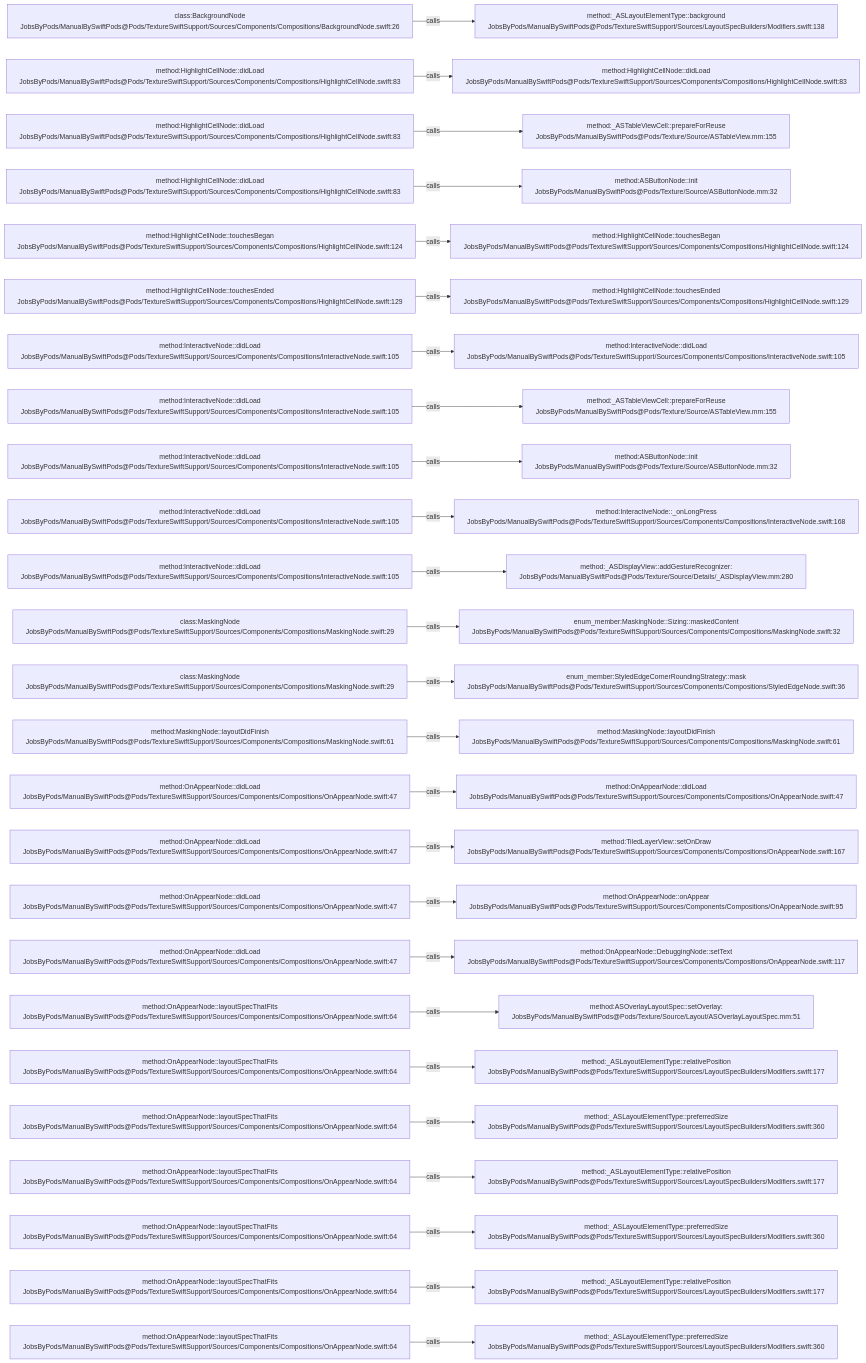
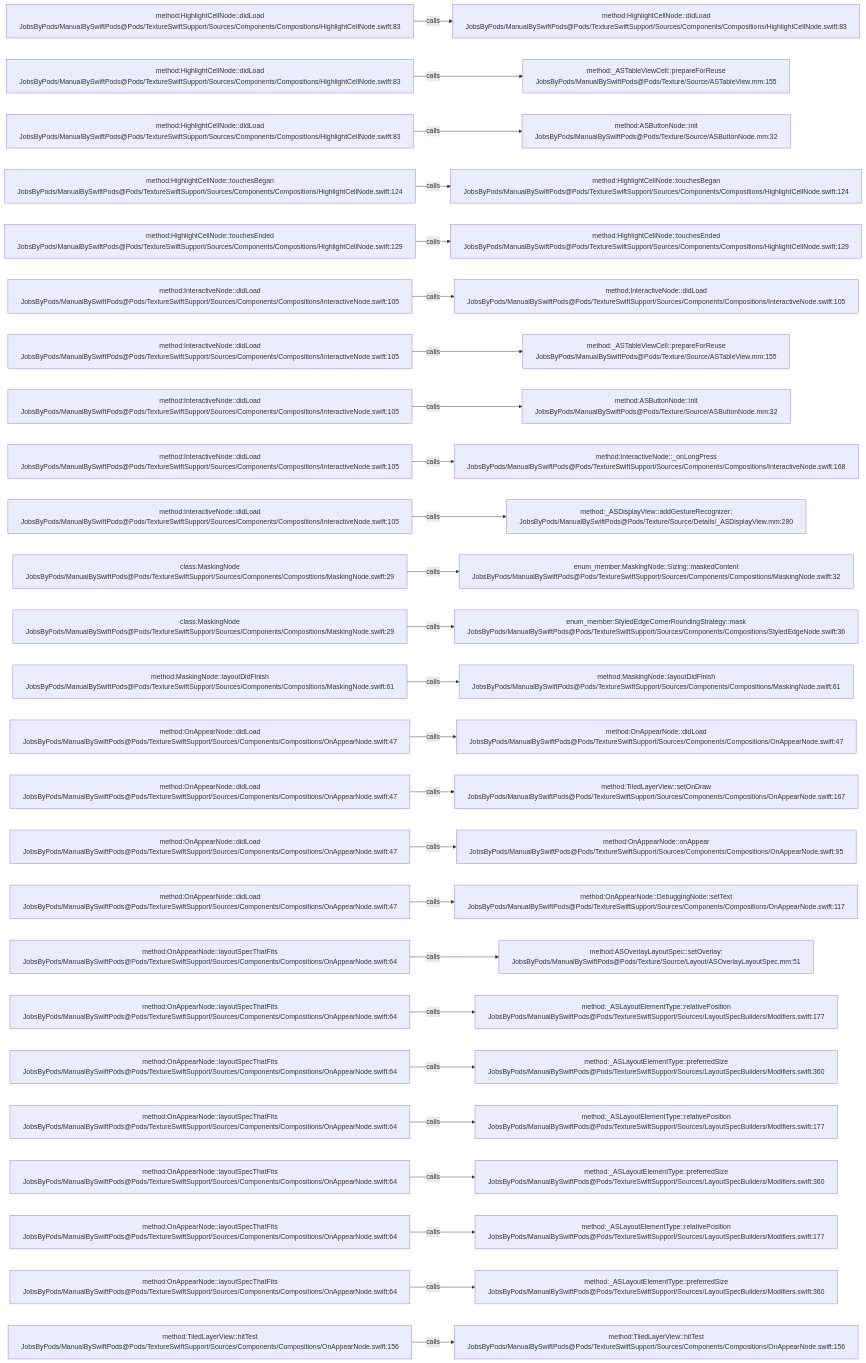
One commit to JobsKits/JobsSwiftBaseConfigDemo changed the diagram in .codegraph/codegraph.md/graphs/calls-153.md. Above: the diagram before and after it, drawn with Mermaid. The commit also changed 747 other files, not shown here.

````diff
--- a/.codegraph/codegraph.md/graphs/calls-153.md
+++ b/.codegraph/codegraph.md/graphs/calls-153.md
@@ -13,78 +13,78 @@
 ```mermaid
 flowchart LR
-  S1["class:BackgroundNode<br/>JobsByPods/ManualBySwiftPods@Pods/TextureSwiftSupport/Sources/Components/Compositions/BackgroundNode.swift:26"]
-  T1["method:_ASLayoutElementType::background<br/>JobsByPods/ManualBySwiftPods@Pods/TextureSwiftSupport/Sources/LayoutSpecBuilders/Modifiers.swift:138"]
+  S1["method:HighlightCellNode::didLoad<br/>JobsByPods/ManualBySwiftPods@Pods/TextureSwiftSupport/Sources/Components/Compositions/HighlightCellNode.swift:83"]
+  T1["method:HighlightCellNode::didLoad<br/>JobsByPods/ManualBySwiftPods@Pods/TextureSwiftSupport/Sources/Components/Compositions/HighlightCellNode.swift:83"]
   S1 -->|calls| T1
   S2["method:HighlightCellNode::didLoad<br/>JobsByPods/ManualBySwiftPods@Pods/TextureSwiftSupport/Sources/Components/Compositions/HighlightCellNode.swift:83"]
-  T2["method:HighlightCellNode::didLoad<br/>JobsByPods/ManualBySwiftPods@Pods/TextureSwiftSupport/Sources/Components/Compositions/HighlightCellNode.swift:83"]
+  T2["method:_ASTableViewCell::prepareForReuse<br/>JobsByPods/ManualBySwiftPods@Pods/Texture/Source/ASTableView.mm:155"]
   S2 -->|calls| T2
   S3["method:HighlightCellNode::didLoad<br/>JobsByPods/ManualBySwiftPods@Pods/TextureSwiftSupport/Sources/Components/Compositions/HighlightCellNode.swift:83"]
-  T3["method:_ASTableViewCell::prepareForReuse<br/>JobsByPods/ManualBySwiftPods@Pods/Texture/Source/ASTableView.mm:155"]
+  T3["method:ASButtonNode::init<br/>JobsByPods/ManualBySwiftPods@Pods/Texture/Source/ASButtonNode.mm:32"]
   S3 -->|calls| T3
-  S4["method:HighlightCellNode::didLoad<br/>JobsByPods/ManualBySwiftPods@Pods/TextureSwiftSupport/Sources/Components/Compositions/HighlightCellNode.swift:83"]
-  T4["method:ASButtonNode::init<br/>JobsByPods/ManualBySwiftPods@Pods/Texture/Source/ASButtonNode.mm:32"]
+  S4["method:HighlightCellNode::touchesBegan<br/>JobsByPods/ManualBySwiftPods@Pods/TextureSwiftSupport/Sources/Components/Compositions/HighlightCellNode.swift:124"]
+  T4["method:HighlightCellNode::touchesBegan<br/>JobsByPods/ManualBySwiftPods@Pods/TextureSwiftSupport/Sources/Components/Compositions/HighlightCellNode.swift:124"]
   S4 -->|calls| T4
-  S5["method:HighlightCellNode::touchesBegan<br/>JobsByPods/ManualBySwiftPods@Pods/TextureSwiftSupport/Sources/Components/Compositions/HighlightCellNode.swift:124"]
-  T5["method:HighlightCellNode::touchesBegan<br/>JobsByPods/ManualBySwiftPods@Pods/TextureSwiftSupport/Sources/Components/Compositions/HighlightCellNode.swift:124"]
+  S5["method:HighlightCellNode::touchesEnded<br/>JobsByPods/ManualBySwiftPods@Pods/TextureSwiftSupport/Sources/Components/Compositions/HighlightCellNode.swift:129"]
+  T5["method:HighlightCellNode::touchesEnded<br/>JobsByPods/ManualBySwiftPods@Pods/TextureSwiftSupport/Sources/Components/Compositions/HighlightCellNode.swift:129"]
   S5 -->|calls| T5
-  S6["method:HighlightCellNode::touchesEnded<br/>JobsByPods/ManualBySwiftPods@Pods/TextureSwiftSupport/Sources/Components/Compositions/HighlightCellNode.swift:129"]
-  T6["method:HighlightCellNode::touchesEnded<br/>JobsByPods/ManualBySwiftPods@Pods/TextureSwiftSupport/Sources/Components/Compositions/HighlightCellNode.swift:129"]
+  S6["method:InteractiveNode::didLoad<br/>JobsByPods/ManualBySwiftPods@Pods/TextureSwiftSupport/Sources/Components/Compositions/InteractiveNode.swift:105"]
+  T6["method:InteractiveNode::didLoad<br/>JobsByPods/ManualBySwiftPods@Pods/TextureSwiftSupport/Sources/Components/Compositions/InteractiveNode.swift:105"]
   S6 -->|calls| T6
   S7["method:InteractiveNode::didLoad<br/>JobsByPods/ManualBySwiftPods@Pods/TextureSwiftSupport/Sources/Components/Compositions/InteractiveNode.swift:105"]
-  T7["method:InteractiveNode::didLoad<br/>JobsByPods/ManualBySwiftPods@Pods/TextureSwiftSupport/Sources/Components/Compositions/InteractiveNode.swift:105"]
+  T7["method:_ASTableViewCell::prepareForReuse<br/>JobsByPods/ManualBySwiftPods@Pods/Texture/Source/ASTableView.mm:155"]
   S7 -->|calls| T7
   S8["method:InteractiveNode::didLoad<br/>JobsByPods/ManualBySwiftPods@Pods/TextureSwiftSupport/Sources/Components/Compositions/InteractiveNode.swift:105"]
-  T8["method:_ASTableViewCell::prepareForReuse<br/>JobsByPods/ManualBySwiftPods@Pods/Texture/Source/ASTableView.mm:155"]
+  T8["method:ASButtonNode::init<br/>JobsByPods/ManualBySwiftPods@Pods/Texture/Source/ASButtonNode.mm:32"]
   S8 -->|calls| T8
   S9["method:InteractiveNode::didLoad<br/>JobsByPods/ManualBySwiftPods@Pods/TextureSwiftSupport/Sources/Components/Compositions/InteractiveNode.swift:105"]
-  T9["method:ASButtonNode::init<br/>JobsByPods/ManualBySwiftPods@Pods/Texture/Source/ASButtonNode.mm:32"]
+  T9["method:InteractiveNode::_onLongPress<br/>JobsByPods/ManualBySwiftPods@Pods/TextureSwiftSupport/Sources/Components/Compositions/InteractiveNode.swift:168"]
   S9 -->|calls| T9
   S10["method:InteractiveNode::didLoad<br/>JobsByPods/ManualBySwiftPods@Pods/TextureSwiftSupport/Sources/Components/Compositions/InteractiveNode.swift:105"]
-  T10["method:InteractiveNode::_onLongPress<br/>JobsByPods/ManualBySwiftPods@Pods/TextureSwiftSupport/Sources/Components/Compositions/InteractiveNode.swift:168"]
+  T10["method:_ASDisplayView::addGestureRecognizer:<br/>JobsByPods/ManualBySwiftPods@Pods/Texture/Source/Details/_ASDisplayView.mm:280"]
   S10 -->|calls| T10
-  S11["method:InteractiveNode::didLoad<br/>JobsByPods/ManualBySwiftPods@Pods/TextureSwiftSupport/Sources/Components/Compositions/InteractiveNode.swift:105"]
-  T11["method:_ASDisplayView::addGestureRecognizer:<br/>JobsByPods/ManualBySwiftPods@Pods/Texture/Source/Details/_ASDisplayView.mm:280"]
+  S11["class:MaskingNode<br/>JobsByPods/ManualBySwiftPods@Pods/TextureSwiftSupport/Sources/Components/Compositions/MaskingNode.swift:29"]
+  T11["enum_member:MaskingNode::Sizing::maskedContent<br/>JobsByPods/ManualBySwiftPods@Pods/TextureSwiftSupport/Sources/Components/Compositions/MaskingNode.swift:32"]
   S11 -->|calls| T11
   S12["class:MaskingNode<br/>JobsByPods/ManualBySwiftPods@Pods/TextureSwiftSupport/Sources/Components/Compositions/MaskingNode.swift:29"]
-  T12["enum_member:MaskingNode::Sizing::maskedContent<br/>JobsByPods/ManualBySwiftPods@Pods/TextureSwiftSupport/Sources/Components/Compositions/MaskingNode.swift:32"]
+  T12["enum_member:StyledEdgeCornerRoundingStrategy::mask<br/>JobsByPods/ManualBySwiftPods@Pods/TextureSwiftSupport/Sources/Components/Compositions/StyledEdgeNode.swift:36"]
   S12 -->|calls| T12
-  S13["class:MaskingNode<br/>JobsByPods/ManualBySwiftPods@Pods/TextureSwiftSupport/Sources/Components/Compositions/MaskingNode.swift:29"]
-  T13["enum_member:StyledEdgeCornerRoundingStrategy::mask<br/>JobsByPods/ManualBySwiftPods@Pods/TextureSwiftSupport/Sources/Components/Compositions/StyledEdgeNode.swift:36"]
+  S13["method:MaskingNode::layoutDidFinish<br/>JobsByPods/ManualBySwiftPods@Pods/TextureSwiftSupport/Sources/Components/Compositions/MaskingNode.swift:61"]
+  T13["method:MaskingNode::layoutDidFinish<br/>JobsByPods/ManualBySwiftPods@Pods/TextureSwiftSupport/Sources/Components/Compositions/MaskingNode.swift:61"]
   S13 -->|calls| T13
-  S14["method:MaskingNode::layoutDidFinish<br/>JobsByPods/ManualBySwiftPods@Pods/TextureSwiftSupport/Sources/Components/Compositions/MaskingNode.swift:61"]
-  T14["method:MaskingNode::layoutDidFinish<br/>JobsByPods/ManualBySwiftPods@Pods/TextureSwiftSupport/Sources/Components/Compositions/MaskingNode.swift:61"]
+  S14["method:OnAppearNode::didLoad<br/>JobsByPods/ManualBySwiftPods@Pods/TextureSwiftSupport/Sources/Components/Compositions/OnAppearNode.swift:47"]
+  T14["method:OnAppearNode::didLoad<br/>JobsByPods/ManualBySwiftPods@Pods/TextureSwiftSupport/Sources/Components/Compositions/OnAppearNode.swift:47"]
   S14 -->|calls| T14
   S15["method:OnAppearNode::didLoad<br/>JobsByPods/ManualBySwiftPods@Pods/TextureSwiftSupport/Sources/Components/Compositions/OnAppearNode.swift:47"]
-  T15["method:OnAppearNode::didLoad<br/>JobsByPods/ManualBySwiftPods@Pods/TextureSwiftSupport/Sources/Components/Compositions/OnAppearNode.swift:47"]
+  T15["method:TiledLayerView::setOnDraw<br/>JobsByPods/ManualBySwiftPods@Pods/TextureSwiftSupport/Sources/Components/Compositions/OnAppearNode.swift:167"]
   S15 -->|calls| T15
   S16["method:OnAppearNode::didLoad<br/>JobsByPods/ManualBySwiftPods@Pods/TextureSwiftSupport/Sources/Components/Compositions/OnAppearNode.swift:47"]
-  T16["method:TiledLayerView::setOnDraw<br/>JobsByPods/ManualBySwiftPods@Pods/TextureSwiftSupport/Sources/Components/Compositions/OnAppearNode.swift:167"]
+  T16["method:OnAppearNode::onAppear<br/>JobsByPods/ManualBySwiftPods@Pods/TextureSwiftSupport/Sources/Components/Compositions/OnAppearNode.swift:95"]
   S16 -->|calls| T16
   S17["method:OnAppearNode::didLoad<br/>JobsByPods/ManualBySwiftPods@Pods/TextureSwiftSupport/Sources/Components/Compositions/OnAppearNode.swift:47"]
-  T17["method:OnAppearNode::onAppear<br/>JobsByPods/ManualBySwiftPods@Pods/TextureSwiftSupport/Sources/Components/Compositions/OnAppearNode.swift:95"]
+  T17["method:OnAppearNode::DebuggingNode::setText<br/>JobsByPods/ManualBySwiftPods@Pods/TextureSwiftSupport/Sources/Components/Compositions/OnAppearNode.swift:117"]
   S17 -->|calls| T17
-  S18["method:OnAppearNode::didLoad<br/>JobsByPods/ManualBySwiftPods@Pods/TextureSwiftSupport/Sources/Components/Compositions/OnAppearNode.swift:47"]
-  T18["method:OnAppearNode::DebuggingNode::setText<br/>JobsByPods/ManualBySwiftPods@Pods/TextureSwiftSupport/Sources/Components/Compositions/OnAppearNode.swift:117"]
+  S18["method:OnAppearNode::layoutSpecThatFits<br/>JobsByPods/ManualBySwiftPods@Pods/TextureSwiftSupport/Sources/Components/Compositions/OnAppearNode.swift:64"]
+  T18["method:ASOverlayLayoutSpec::setOverlay:<br/>JobsByPods/ManualBySwiftPods@Pods/Texture/Source/Layout/ASOverlayLayoutSpec.mm:51"]
   S18 -->|calls| T18
   S19["method:OnAppearNode::layoutSpecThatFits<br/>JobsByPods/ManualBySwiftPods@Pods/TextureSwiftSupport/Sources/Components/Compositions/OnAppearNode.swift:64"]
-  T19["method:ASOverlayLayoutSpec::setOverlay:<br/>JobsByPods/ManualBySwiftPods@Pods/Texture/Source/Layout/ASOverlayLayoutSpec.mm:51"]
+  T19["method:_ASLayoutElementType::relativePosition<br/>JobsByPods/ManualBySwiftPods@Pods/TextureSwiftSupport/Sources/LayoutSpecBuilders/Modifiers.swift:177"]
   S19 -->|calls| T19
   S20["method:OnAppearNode::layoutSpecThatFits<br/>JobsByPods/ManualBySwiftPods@Pods/TextureSwiftSupport/Sources/Components/Compositions/OnAppearNode.swift:64"]
-  T20["method:_ASLayoutElementType::relativePosition<br/>JobsByPods/ManualBySwiftPods@Pods/TextureSwiftSupport/Sources/LayoutSpecBuilders/Modifiers.swift:177"]
+  T20["method:_ASLayoutElementType::preferredSize<br/>JobsByPods/ManualBySwiftPods@Pods/TextureSwiftSupport/Sources/LayoutSpecBuilders/Modifiers.swift:360"]
   S20 -->|calls| T20
   S21["method:OnAppearNode::layoutSpecThatFits<br/>JobsByPods/ManualBySwiftPods@Pods/TextureSwiftSupport/Sources/Components/Compositions/OnAppearNode.swift:64"]
-  T21["method:_ASLayoutElementType::preferredSize<br/>JobsByPods/ManualBySwiftPods@Pods/TextureSwiftSupport/Sources/LayoutSpecBuilders/Modifiers.swift:360"]
+  T21["method:_ASLayoutElementType::relativePosition<br/>JobsByPods/ManualBySwiftPods@Pods/TextureSwiftSupport/Sources/LayoutSpecBuilders/Modifiers.swift:177"]
   S21 -->|calls| T21
   S22["method:OnAppearNode::layoutSpecThatFits<br/>JobsByPods/ManualBySwiftPods@Pods/TextureSwiftSupport/Sources/Components/Compositions/OnAppearNode.swift:64"]
-  T22["method:_ASLayoutElementType::relativePosition<br/>JobsByPods/ManualBySwiftPods@Pods/TextureSwiftSupport/Sources/LayoutSpecBuilders/Modifiers.swift:177"]
+  T22["method:_ASLayoutElementType::preferredSize<br/>JobsByPods/ManualBySwiftPods@Pods/TextureSwiftSupport/Sources/LayoutSpecBuilders/Modifiers.swift:360"]
   S22 -->|calls| T22
   S23["method:OnAppearNode::layoutSpecThatFits<br/>JobsByPods/ManualBySwiftPods@Pods/TextureSwiftSupport/Sources/Components/Compositions/OnAppearNode.swift:64"]
-  T23["method:_ASLayoutElementType::preferredSize<br/>JobsByPods/ManualBySwiftPods@Pods/TextureSwiftSupport/Sources/LayoutSpecBuilders/Modifiers.swift:360"]
+  T23["method:_ASLayoutElementType::relativePosition<br/>JobsByPods/ManualBySwiftPods@Pods/TextureSwiftSupport/Sources/LayoutSpecBuilders/Modifiers.swift:177"]
   S23 -->|calls| T23
   S24["method:OnAppearNode::layoutSpecThatFits<br/>JobsByPods/ManualBySwiftPods@Pods/TextureSwiftSupport/Sources/Components/Compositions/OnAppearNode.swift:64"]
-  T24["method:_ASLayoutElementType::relativePosition<br/>JobsByPods/ManualBySwiftPods@Pods/TextureSwiftSupport/Sources/LayoutSpecBuilders/Modifiers.swift:177"]
+  T24["method:_ASLayoutElementType::preferredSize<br/>JobsByPods/ManualBySwiftPods@Pods/TextureSwiftSupport/Sources/LayoutSpecBuilders/Modifiers.swift:360"]
   S24 -->|calls| T24
-  S25["method:OnAppearNode::layoutSpecThatFits<br/>JobsByPods/ManualBySwiftPods@Pods/TextureSwiftSupport/Sources/Components/Compositions/OnAppearNode.swift:64"]
-  T25["method:_ASLayoutElementType::preferredSize<br/>JobsByPods/ManualBySwiftPods@Pods/TextureSwiftSupport/Sources/LayoutSpecBuilders/Modifiers.swift:360"]
+  S25["method:TiledLayerView::hitTest<br/>JobsByPods/ManualBySwiftPods@Pods/TextureSwiftSupport/Sources/Components/Compositions/OnAppearNode.swift:156"]
+  T25["method:TiledLayerView::hitTest<br/>JobsByPods/ManualBySwiftPods@Pods/TextureSwiftSupport/Sources/Components/Compositions/OnAppearNode.swift:156"]
   S25 -->|calls| T25
 ```
````
